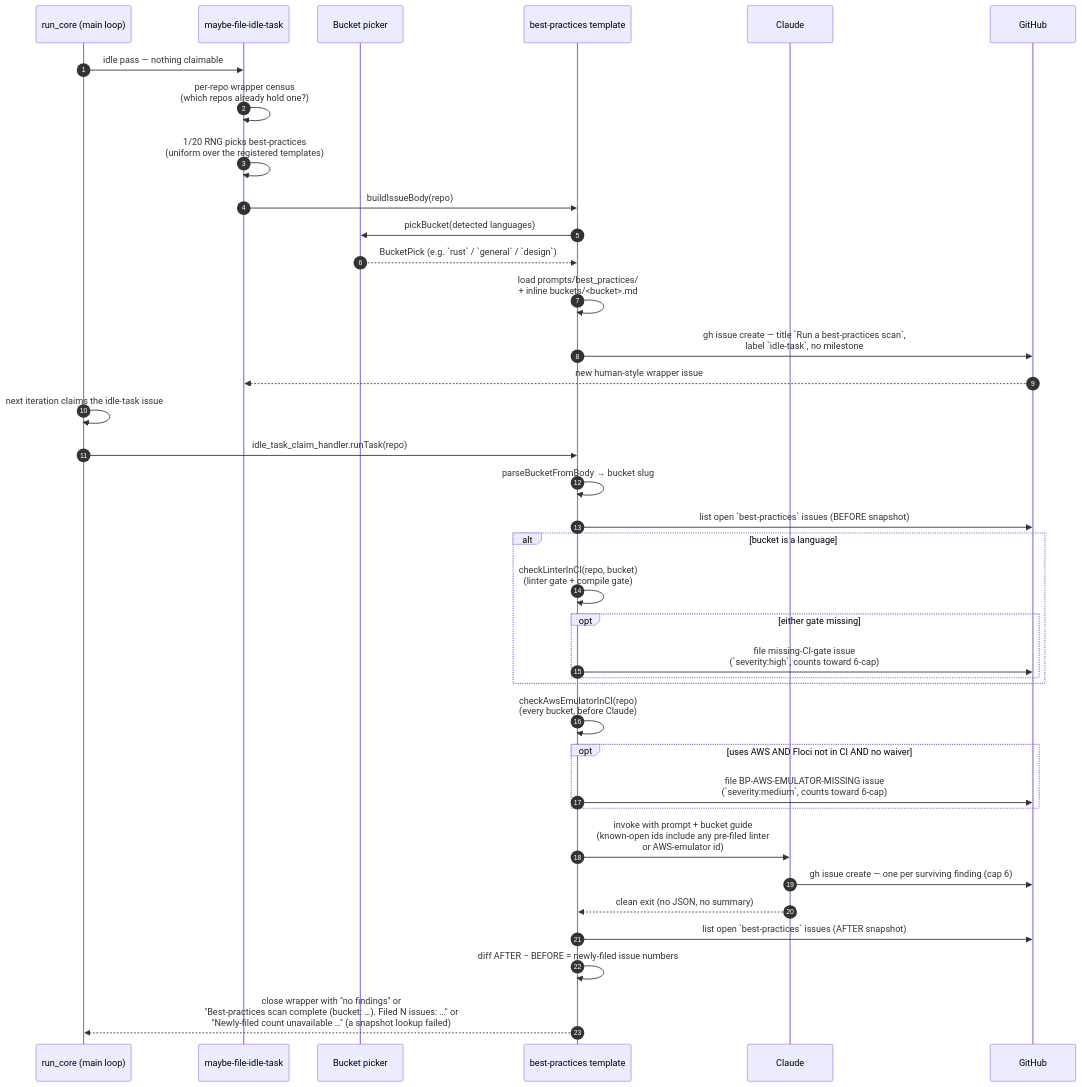
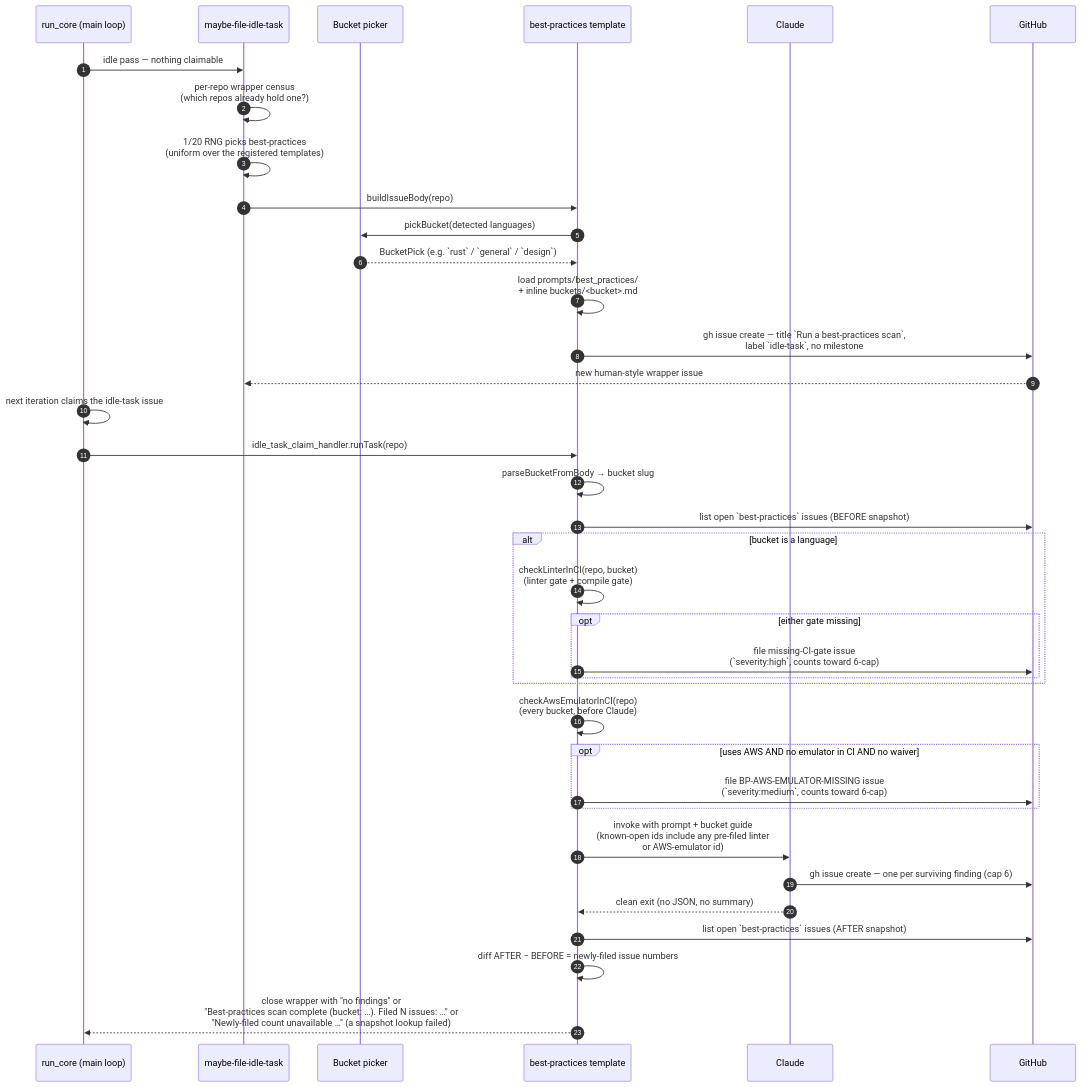
Before and after one commit to stSoftwareAU/VibeCoder: the second of 4 diagrams in docs/BEST-PRACTICES-SCAN.md, drawn with Mermaid. The commit also changed other lines of this file and 1 other file, not shown here.

````diff
--- a/docs/BEST-PRACTICES-SCAN.md
+++ b/docs/BEST-PRACTICES-SCAN.md
@@ -420,40 +421,40 @@
 ```mermaid
 sequenceDiagram
     autonumber
     participant Main as run_core (main loop)
     participant Filer as maybe-file-idle-task
     participant Picker as Bucket picker
     participant Template as best-practices template
     participant Claude
     participant GH as GitHub
 
     Main->>Filer: idle pass — nothing claimable
     Filer->>Filer: per-repo wrapper census<br/>(which repos already hold one?)
     Filer->>Filer: 1/20 RNG picks best-practices<br/>(uniform over the registered templates)
     Filer->>Template: buildIssueBody(repo)
     Template->>Picker: pickBucket(detected languages)
     Picker-->>Template: BucketPick (e.g. `rust` / `general` / `design`)
     Template->>Template: load prompts/best_practices/<br/>+ inline buckets/<bucket>.md
     Template->>GH: gh issue create — title `Run a best-practices scan`,<br/>label `idle-task`, no milestone
     GH-->>Filer: new human-style wrapper issue
     Main->>Main: next iteration claims the idle-task issue
     Main->>Template: idle_task_claim_handler.runTask(repo)
     Template->>Template: parseBucketFromBody → bucket slug
     Template->>GH: list open `best-practices` issues (BEFORE snapshot)
     alt bucket is a language
         Template->>Template: checkLinterInCI(repo, bucket)<br/>(linter gate + compile gate)
         opt either gate missing
             Template->>GH: file missing-CI-gate issue<br/>(`severity:high`, counts toward 6-cap)
         end
     end
     Template->>Template: checkAwsEmulatorInCI(repo)<br/>(every bucket, before Claude)
-    opt uses AWS AND Floci not in CI AND no waiver
+    opt uses AWS AND no emulator in CI AND no waiver
         Template->>GH: file BP-AWS-EMULATOR-MISSING issue<br/>(`severity:medium`, counts toward 6-cap)
     end
     Template->>Claude: invoke with prompt + bucket guide<br/>(known-open ids include any pre-filed linter<br/>or AWS-emulator id)
     Claude->>GH: gh issue create — one per surviving finding (cap 6)
     Claude-->>Template: clean exit (no JSON, no summary)
     Template->>GH: list open `best-practices` issues (AFTER snapshot)
     Template->>Template: diff AFTER − BEFORE = newly-filed issue numbers
     Template-->>Main: close wrapper with "no findings" or<br/>"Best-practices scan complete (bucket: …). Filed N issues: …" or<br/>"Newly-filed count unavailable …" (a snapshot lookup failed)
 ```
````
